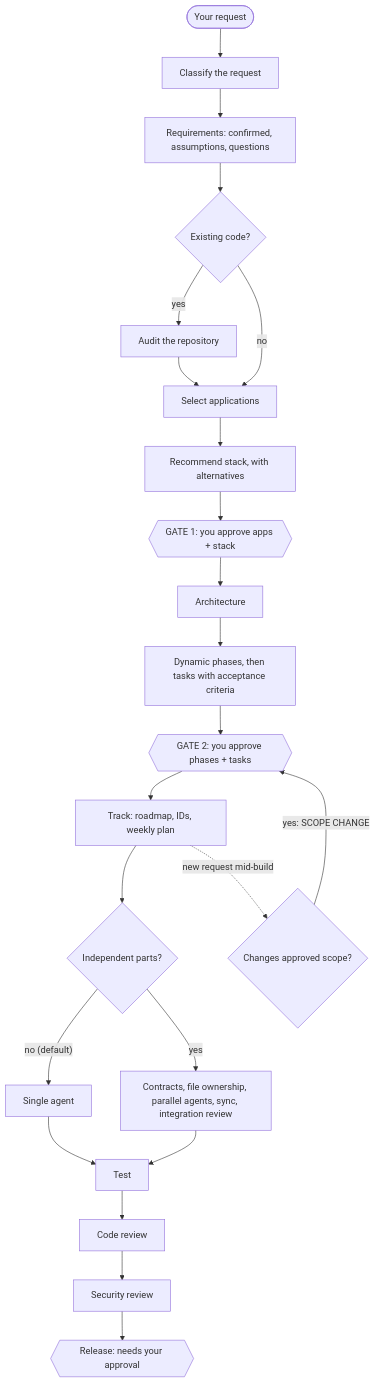
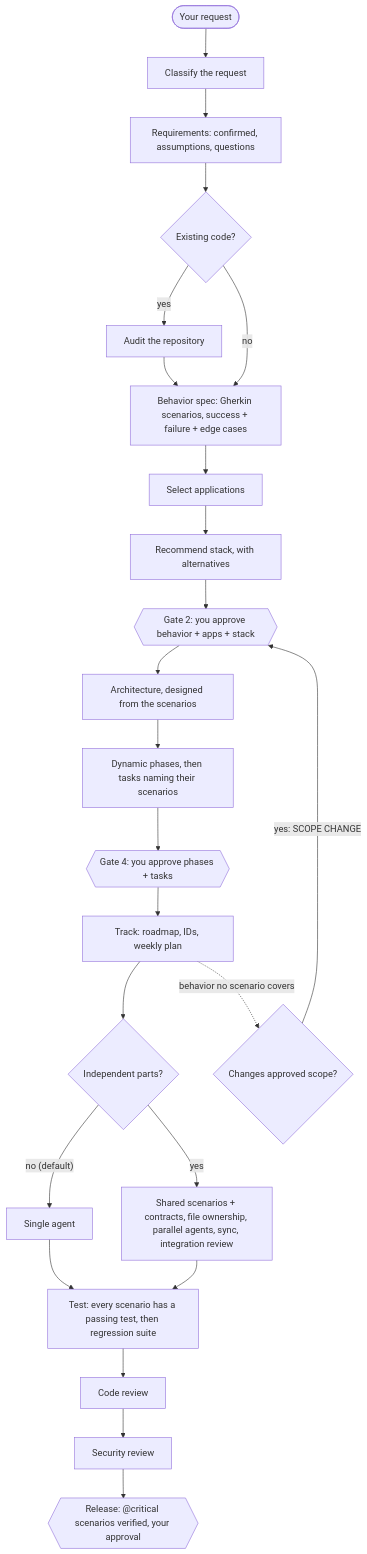
Before and after one commit to ahtishamshahzad/agent_dev_flow: the diagram in README.md, drawn with Mermaid. The commit also changed other lines of this file and 139 other files, not shown here.

````diff
--- a/README.md
+++ b/README.md
@@ -19,22 +19,23 @@
 ```mermaid
 flowchart TD
     R(["Your request"]) --> C["Classify the request"]
     C --> Q["Requirements: confirmed, assumptions, questions"]
     Q --> A{"Existing code?"}
-    A -- yes --> AU["Audit the repository"] --> S
-    A -- no --> S["Select applications"]
+    A -- yes --> AU["Audit the repository"] --> B
+    A -- no --> B["Behavior spec: Gherkin scenarios, success + failure + edge cases"]
+    B --> S["Select applications"]
     S --> ST["Recommend stack, with alternatives"]
-    ST --> G1{{"GATE 1: you approve apps + stack"}}
-    G1 --> AR["Architecture"]
-    AR --> P["Dynamic phases, then tasks with acceptance criteria"]
-    P --> G2{{"GATE 2: you approve phases + tasks"}}
+    ST --> G1{{"Gate 2: you approve behavior + apps + stack"}}
+    G1 --> AR["Architecture, designed from the scenarios"]
+    AR --> P["Dynamic phases, then tasks naming their scenarios"]
+    P --> G2{{"Gate 4: you approve phases + tasks"}}
     G2 --> T["Track: roadmap, IDs, weekly plan"]
     T --> M{"Independent parts?"}
     M -- "no (default)" --> SA["Single agent"]
-    M -- yes --> PA["Contracts, file ownership, parallel agents, sync, integration review"]
-    SA --> TE["Test"]
+    M -- yes --> PA["Shared scenarios + contracts, file ownership, parallel agents, sync, integration review"]
+    SA --> TE["Test: every scenario has a passing test, then regression suite"]
     PA --> TE
-    TE --> CR["Code review"] --> SR["Security review"] --> RL{{"Release: needs your approval"}}
-    T -. "new request mid-build" .-> SC{"Changes approved scope?"}
-    SC -- "yes: SCOPE CHANGE" --> G2
+    TE --> CR["Code review"] --> SR["Security review"] --> RL{{"Release: @critical scenarios verified, your approval"}}
+    T -. "behavior no scenario covers" .-> SC{"Changes approved scope?"}
+    SC -- "yes: SCOPE CHANGE" --> G1
 ```
````
